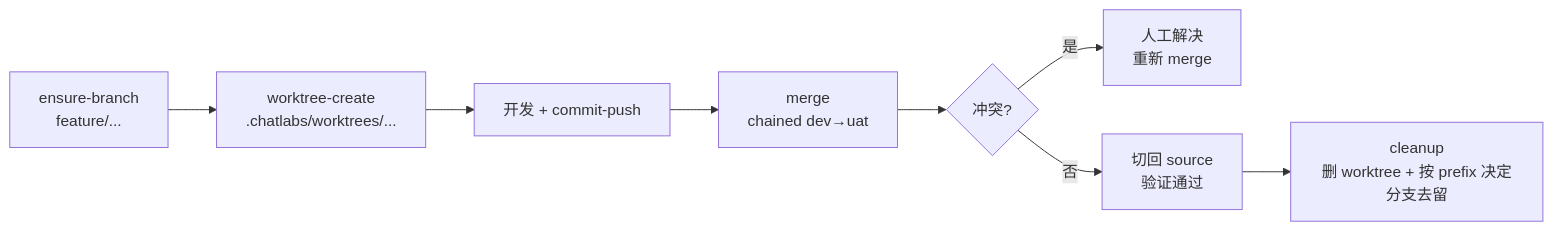
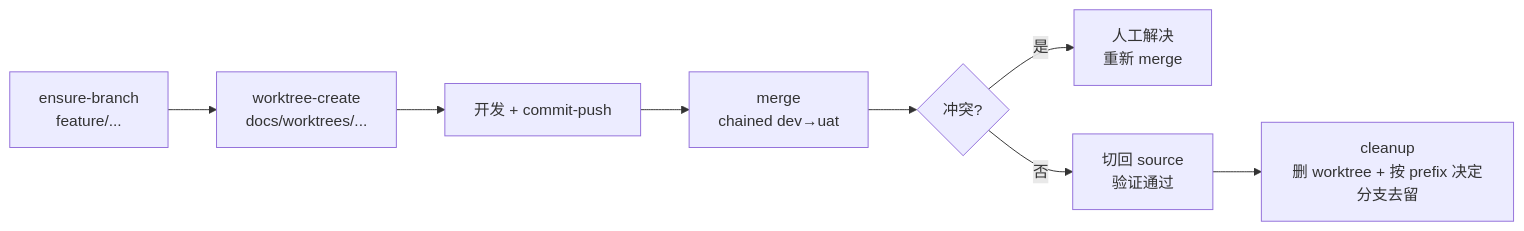
One commit to dd-xiaozhi/dev-agent-flow changed the diagram in .claude/skills/git/SKILL.md. Above: the diagram before and after it, drawn with Mermaid. The commit also changed other lines of this file and 102 other files, not shown here.

````diff
--- a/.claude/skills/git/SKILL.md
+++ b/.claude/skills/git/SKILL.md
@@ -101,10 +101,10 @@
 ```mermaid
 flowchart LR
-  A[ensure-branch<br/>feature/...] --> A2[worktree-create<br/>.chatlabs/worktrees/...]
+  A[ensure-branch<br/>feature/...] --> A2[worktree-create<br/>docs/worktrees/...]
   A2 --> B[开发 + commit-push]
   B --> C[merge<br/>chained dev→uat]
   C --> D{冲突?}
   D -->|是| E[人工解决<br/>重新 merge]
   D -->|否| F[切回 source<br/>验证通过]
   F --> G[cleanup<br/>删 worktree + 按 prefix 决定分支去留]
 ```
````
